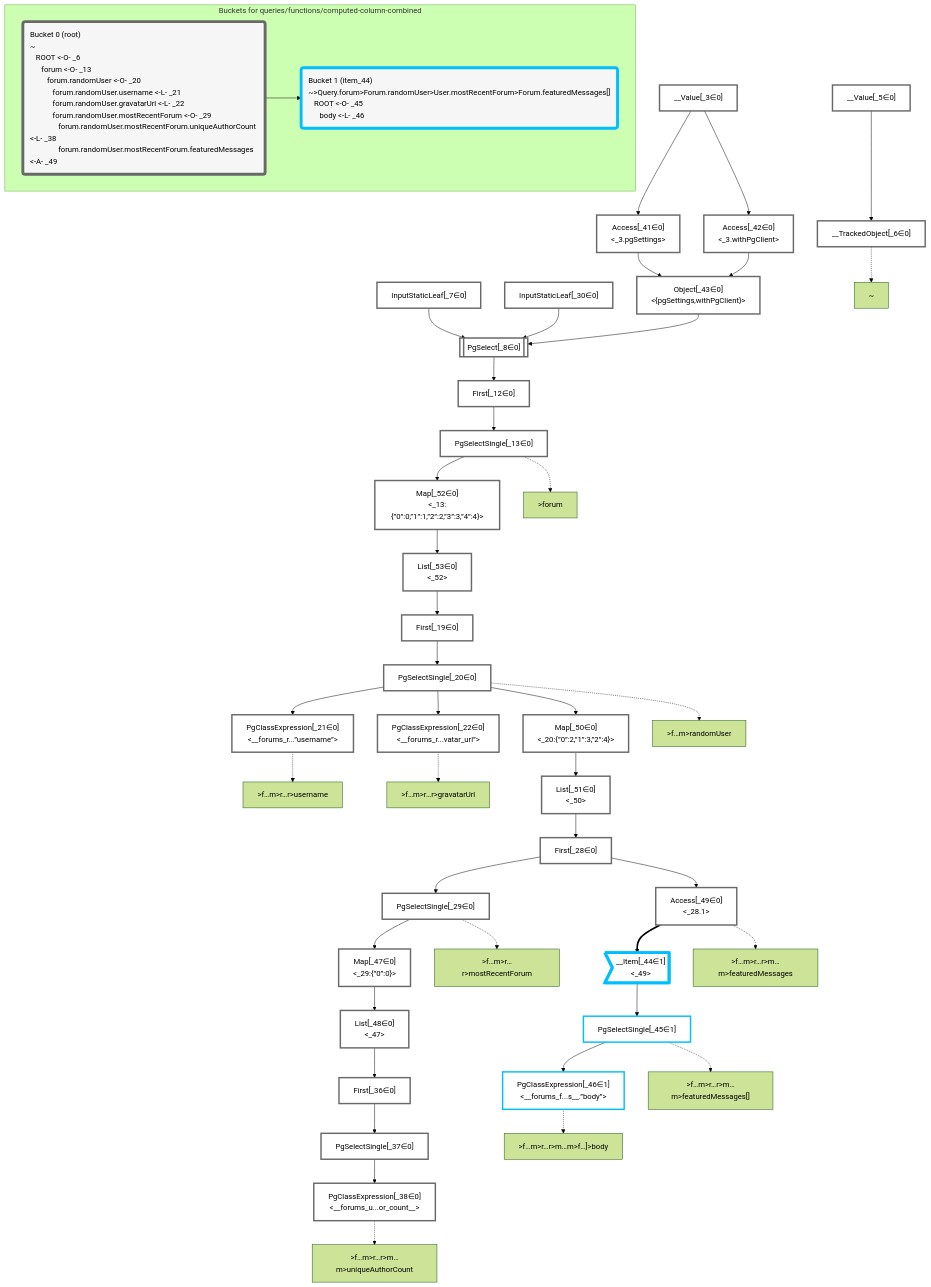
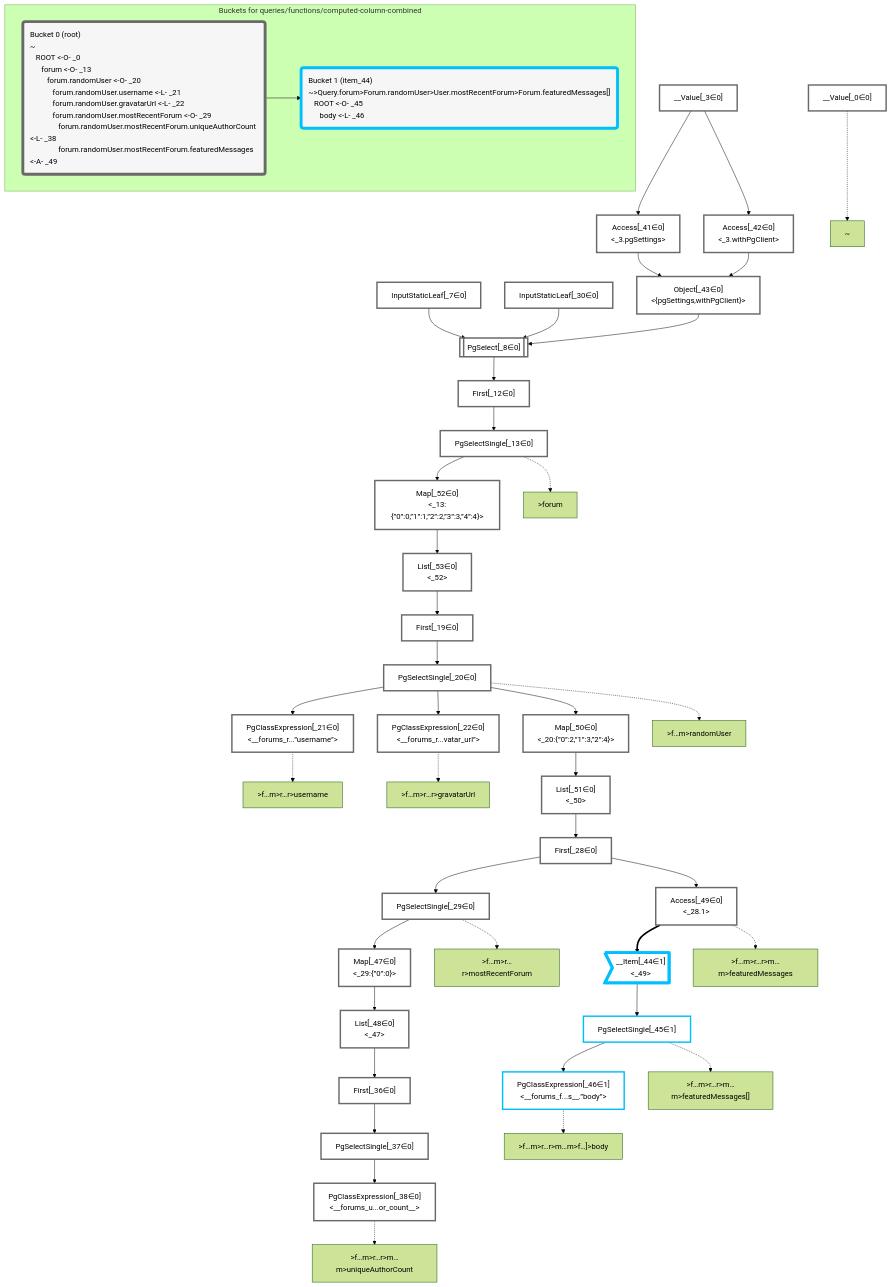
One commit to graphile/crystal changed the diagram in packages/dataplan-pg/__tests__/queries/functions/computed-column-combined.mermaid.md. Above: the diagram before and after it, drawn with Mermaid (forest theme). The commit also changed 193 other files, not shown here.

Commit message:
Update test plan snapshots with new root plan

```diff
--- a/packages/dataplan-pg/__tests__/queries/functions/computed-column-combined.mermaid.md
+++ b/packages/dataplan-pg/__tests__/queries/functions/computed-column-combined.mermaid.md
@@ -8,9 +8,8 @@
 
 
     %% define plans
+    __Value_0["__Value[_0∈0]"]:::plan
     __Value_3["__Value[_3∈0]<br /><context>"]:::plan
-    __Value_5["__Value[_5∈0]<br /><rootValue>"]:::plan
-    __TrackedObject_6["__TrackedObject[_6∈0]"]:::plan
     InputStaticLeaf_7["InputStaticLeaf[_7∈0]"]:::plan
     PgSelect_8[["PgSelect[_8∈0]<br /><forums>"]]:::plan
     First_12["First[_12∈0]"]:::plan
@@ -40,7 +39,6 @@
     List_53["List[_53∈0]<br /><_52>"]:::plan
 
     %% plan dependencies
-    __Value_5 --> __TrackedObject_6
     Object_43 --> PgSelect_8
     InputStaticLeaf_7 --> PgSelect_8
     InputStaticLeaf_30 --> PgSelect_8
@@ -71,8 +69,8 @@
     Map_52 --> List_53
 
     %% plan-to-path relationships
-    P_6["~"]
-    __TrackedObject_6 -.-> P_6
+    P_0["~"]
+    __Value_0 -.-> P_0
     P_13[">forum"]
     PgSelectSingle_13 -.-> P_13
     P_20[">f…m>randomUser"]
@@ -94,12 +92,12 @@
 
     %% allocate buckets
     classDef bucket0 stroke:#696969
-    class __Value_3,__Value_5,__TrackedObject_6,InputStaticLeaf_7,PgSelect_8,First_12,PgSelectSingle_13,First_19,PgSelectSingle_20,PgClassExpression_21,PgClassExpression_22,First_28,PgSelectSingle_29,InputStaticLeaf_30,First_36,PgSelectSingle_37,PgClassExpression_38,Access_41,Access_42,Object_43,Map_47,List_48,Access_49,Map_50,List_51,Map_52,List_53 bucket0
+    class __Value_0,__Value_3,InputStaticLeaf_7,PgSelect_8,First_12,PgSelectSingle_13,First_19,PgSelectSingle_20,PgClassExpression_21,PgClassExpression_22,First_28,PgSelectSingle_29,InputStaticLeaf_30,First_36,PgSelectSingle_37,PgClassExpression_38,Access_41,Access_42,Object_43,Map_47,List_48,Access_49,Map_50,List_51,Map_52,List_53 bucket0
     classDef bucket1 stroke:#00bfff
     class __Item_44,PgSelectSingle_45,PgClassExpression_46 bucket1
 
     subgraph "Buckets for queries/functions/computed-column-combined"
-    Bucket0("Bucket 0 (root)<br />~<br />⠀ROOT <-O- _6<br />⠀⠀forum <-O- _13<br />⠀⠀⠀forum.randomUser <-O- _20<br />⠀⠀⠀⠀forum.randomUser.username <-L- _21<br />⠀⠀⠀⠀forum.randomUser.gravatarUrl <-L- _22<br />⠀⠀⠀⠀forum.randomUser.mostRecentForum <-O- _29<br />⠀⠀⠀⠀⠀forum.randomUser.mostRecentForum.uniqueAuthorCount <-L- _38<br />⠀⠀⠀⠀⠀forum.randomUser.mostRecentForum.featuredMessages <-A- _49"):::bucket
+    Bucket0("Bucket 0 (root)<br />~<br />⠀ROOT <-O- _0<br />⠀⠀forum <-O- _13<br />⠀⠀⠀forum.randomUser <-O- _20<br />⠀⠀⠀⠀forum.randomUser.username <-L- _21<br />⠀⠀⠀⠀forum.randomUser.gravatarUrl <-L- _22<br />⠀⠀⠀⠀forum.randomUser.mostRecentForum <-O- _29<br />⠀⠀⠀⠀⠀forum.randomUser.mostRecentForum.uniqueAuthorCount <-L- _38<br />⠀⠀⠀⠀⠀forum.randomUser.mostRecentForum.featuredMessages <-A- _49"):::bucket
     style Bucket0 stroke:#696969
     Bucket1("Bucket 1 (item_44)<br />~>Query.forum>Forum.randomUser>User.mostRecentForum>Forum.featuredMessages[]<br />⠀ROOT <-O- _45<br />⠀⠀body <-L- _46"):::bucket
     style Bucket1 stroke:#00bfff
```
